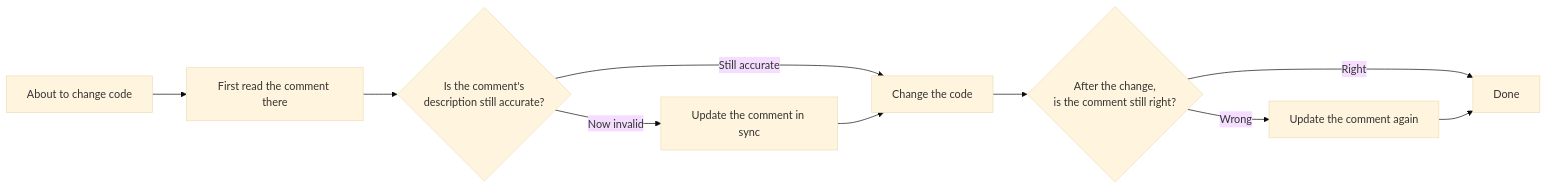
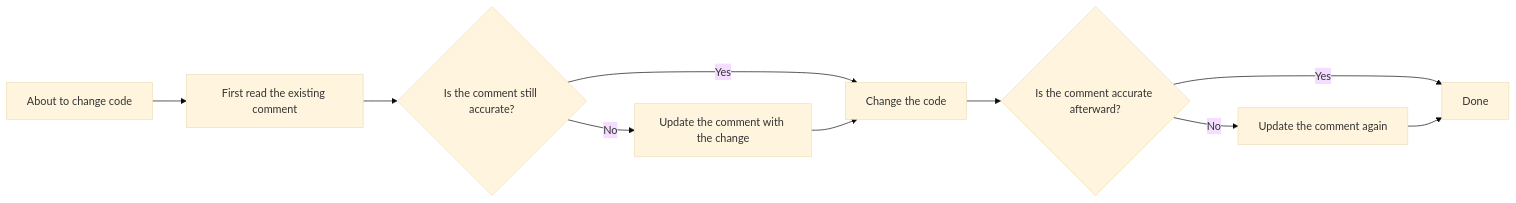
One commit to Alenkz12/FiboSkills changed the second of 2 diagrams in fibo-conventions/references/conventions/code.md. Above: the diagram before and after it, drawn with Mermaid (base theme). The commit also changed other lines of this file and 96 other files, not shown here.

````diff
--- a/fibo-conventions/references/conventions/code.md
+++ b/fibo-conventions/references/conventions/code.md
@@ -59,12 +82,12 @@
 ```mermaid
 flowchart LR
-  A[About to change code] --> B[First read the comment there]
-  B --> C{Is the comment's<br/>description still accurate?}
-  C -->|Still accurate| D[Change the code]
-  C -->|Now invalid| E[Update the comment in sync]
-  E --> D
-  D --> F{After the change,<br/>is the comment still right?}
-  F -->|Right| G[Done]
-  F -->|Wrong| H[Update the comment again]
-  H --> G
+  code_change_001["About to change code"] --> read_comment_002["First read the existing comment"]
+  read_comment_002 --> precheck_003{"Is the comment still accurate?"}
+  precheck_003 -->|Yes| change_code_004["Change the code"]
+  precheck_003 -->|No| update_before_005["Update the comment with the change"]
+  update_before_005 --> change_code_004
+  change_code_004 --> postcheck_006{"Is the comment accurate afterward?"}
+  postcheck_006 -->|Yes| sync_done_007["Done"]
+  postcheck_006 -->|No| update_after_008["Update the comment again"]
+  update_after_008 --> sync_done_007
 ```
````
